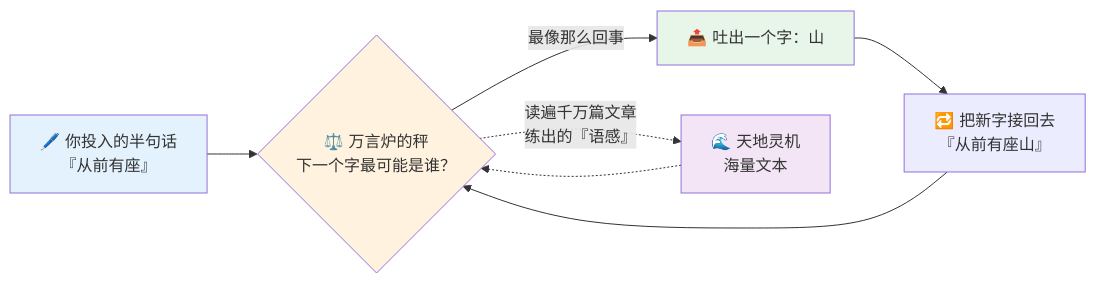
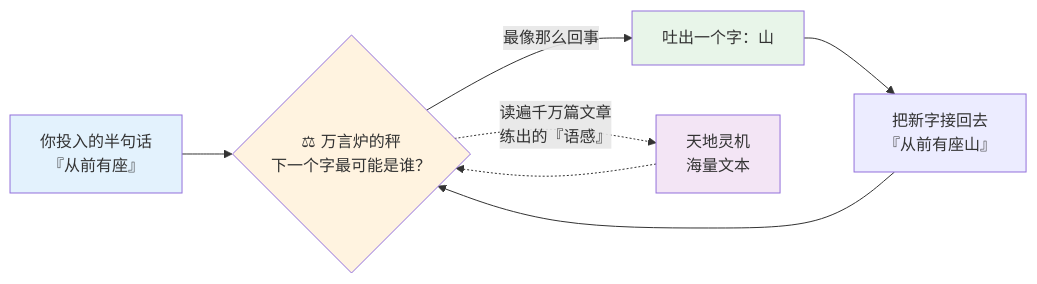
Before and after one commit to luckykhy/KhyAiHub: the diagram in docs/09_STORY_修仙学AI/STORY-炼气/[STORY-章节-116] 第02章 炼气·万言炉与接龙诀.md, drawn with Mermaid. The commit also changed other lines of this file and 19 other files, not shown here.

````diff
--- a/docs/09_STORY_修仙学AI/STORY-炼气/[STORY-章节-116] 第02章 炼气·万言炉与接龙诀.md
+++ b/docs/09_STORY_修仙学AI/STORY-炼气/[STORY-章节-116] 第02章 炼气·万言炉与接龙诀.md
@@ -80,13 +80,13 @@
 ```mermaid
 flowchart LR
-    A["🖊️ 你投入的半句话<br/>『从前有座』"] --> B{"⚖️ 万言炉的秤<br/>下一个字最可能是谁？"}
-    B -->|"最像那么回事"| C["📤 吐出一个字：山"]
-    C --> D["🔁 把新字接回去<br/>『从前有座山』"]
+    A["你投入的半句话<br/>『从前有座』"] --> B{"⚖ 万言炉的秤<br/>下一个字最可能是谁？"}
+    B -->|"最像那么回事"| C["吐出一个字：山"]
+    C --> D["把新字接回去<br/>『从前有座山』"]
     D --> B
-    B -.->|"读遍千万篇文章<br/>练出的『语感』"| E["🌊 天地灵机<br/>海量文本"]
+    B -.->|"读遍千万篇文章<br/>练出的『语感』"| E["天地灵机<br/>海量文本"]
     E -.-> B
     style A fill:#e3f2fd
     style B fill:#fff3e0
     style C fill:#e8f5e9
     style E fill:#f3e5f5
 ```
````
